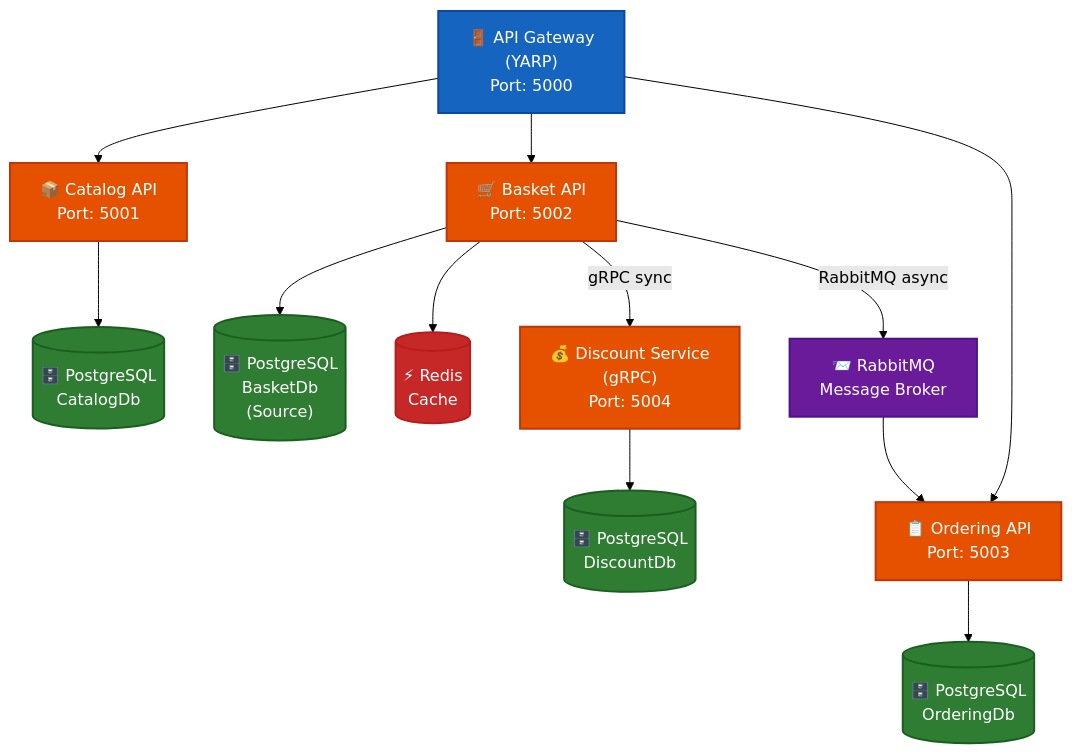
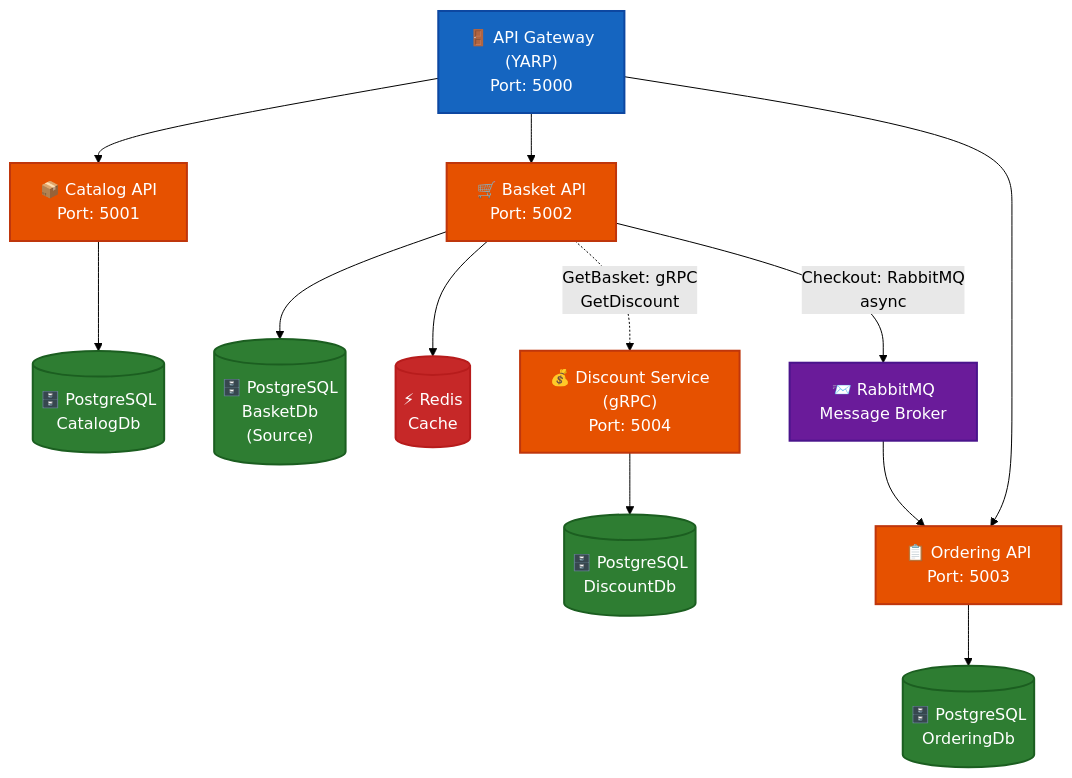
One commit to kamillsen/microservice-eshop-me changed the diagram in README.md. Above: the diagram before and after it, drawn with Mermaid (forest theme).

````diff
--- a/README.md
+++ b/README.md
@@ -94,33 +94,33 @@
 ```mermaid
 graph TB
     Gateway["🚪 API Gateway<br/>(YARP)<br/>Port: 5000"]
     
     Gateway --> Catalog["📦 Catalog API<br/>Port: 5001"]
     Gateway --> Basket["🛒 Basket API<br/>Port: 5002"]
     Gateway --> Ordering["📋 Ordering API<br/>Port: 5003"]
     
     Catalog --> CatalogDb[("🗄️ PostgreSQL<br/>CatalogDb")]
     
     Basket --> BasketDb[("🗄️ PostgreSQL<br/>BasketDb<br/>(Source)")]
     Basket --> Redis[("⚡ Redis<br/>Cache")]
     
-    Basket -->|gRPC sync| Discount["💰 Discount Service<br/>(gRPC)<br/>Port: 5004"]
+    Basket -.->|GetBasket: gRPC<br/>GetDiscount| Discount["💰 Discount Service<br/>(gRPC)<br/>Port: 5004"]
     Discount --> DiscountDb[("🗄️ PostgreSQL<br/>DiscountDb")]
     
-    Basket -->|RabbitMQ async| RabbitMQ["📨 RabbitMQ<br/>Message Broker"]
+    Basket -->|Checkout: RabbitMQ<br/>async| RabbitMQ["📨 RabbitMQ<br/>Message Broker"]
     RabbitMQ --> Ordering
     
     Ordering --> OrderingDb[("🗄️ PostgreSQL<br/>OrderingDb")]
     
     classDef gatewayStyle fill:#1565c0,stroke:#0d47a1,stroke-width:2px,color:#fff
     classDef apiStyle fill:#e65100,stroke:#bf360c,stroke-width:2px,color:#fff
     classDef redisStyle fill:#c62828,stroke:#b71c1c,stroke-width:2px,color:#fff
     classDef rabbitmqStyle fill:#6a1b9a,stroke:#4a148c,stroke-width:2px,color:#fff
     classDef dbStyle fill:#2e7d32,stroke:#1b5e20,stroke-width:2px,color:#fff
     
     class Gateway gatewayStyle
     class Catalog,Basket,Ordering,Discount apiStyle
     class Redis redisStyle
     class RabbitMQ rabbitmqStyle
     class CatalogDb,BasketDb,DiscountDb,OrderingDb dbStyle
 ```
````
